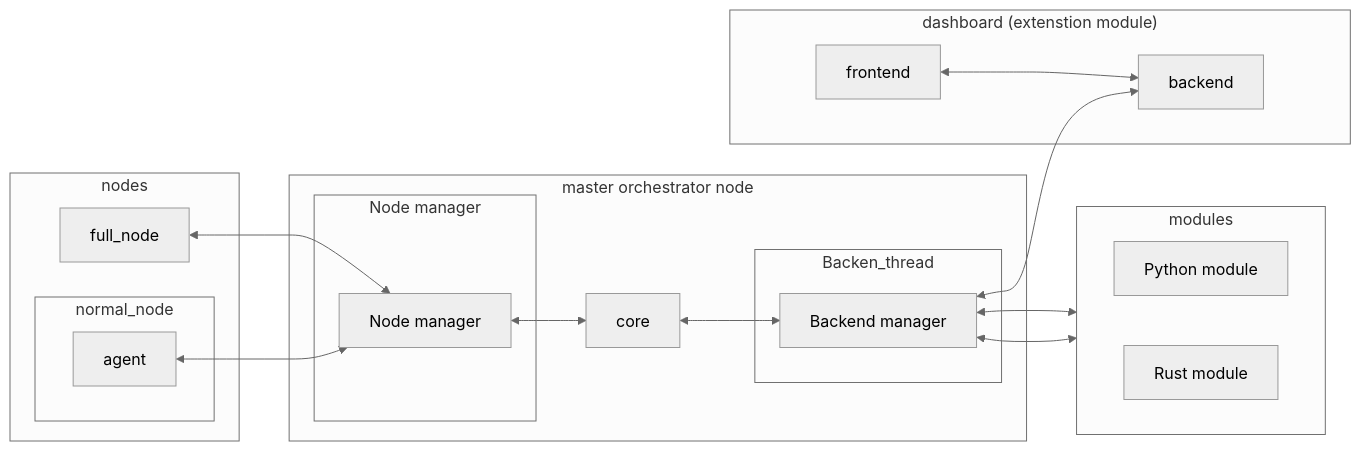
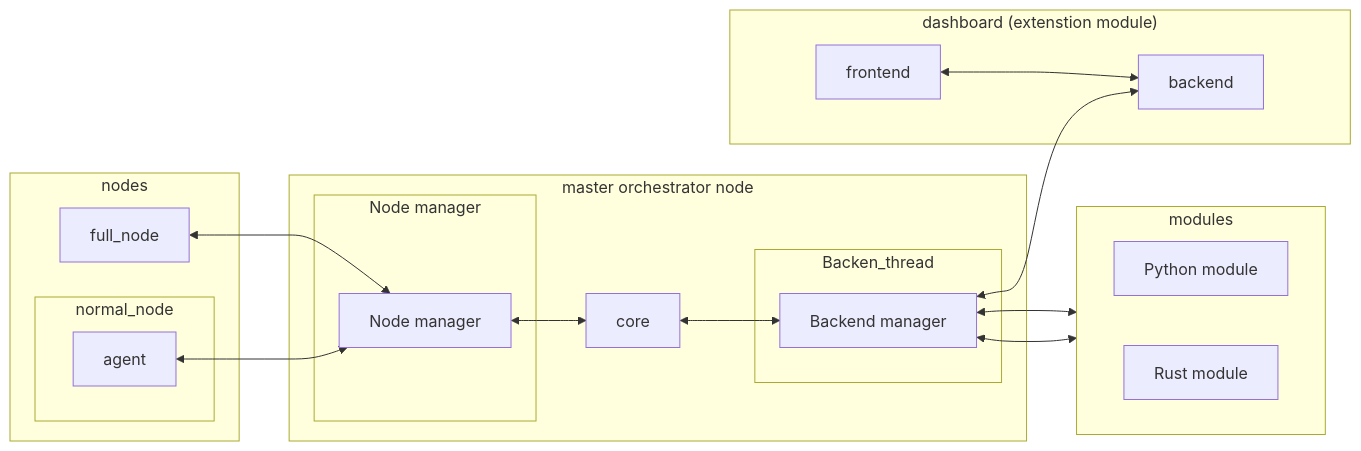
Before and after one commit to H0neyBe/bee_docs: the diagram in src/project_docs/technical_details.md, drawn with Mermaid.

````diff
--- a/src/project_docs/technical_details.md
+++ b/src/project_docs/technical_details.md
@@ -50,47 +50,42 @@
 ```mermaid
----
-config:
-  theme: neutral
-  layout: dagre
----
 flowchart LR
 	subgraph backend_thread["Backen_thread"]
         Backend_manager["Backend_manager"]
 	end
   subgraph Node_thread["Node manager"]
         Node_manager["Node manager"]
 	end
   
 	subgraph master["master orchestrator node"]
         core["core"]
         Backend_manager["Backend manager"]
         backend_thread
         Node_thread
 	end
 	subgraph normal_node["normal_node"]
         agent["agent"]
 	end
 	subgraph nodes["nodes"]
         full_node["full_node"]
         normal_node
 	end
 	subgraph module["modules"]
 		direction LR
 		    py_module["Python module"]
 		    rs_module["Rust module"]
 		end
 	subgraph dashboard["dashboard (extenstion module)"]
         backend["backend"]
         frontend["frontend"]
 	end
 
     Node_manager <--> core  
     core <--> Backend_manager  
 
     frontend <--> backend
     Backend_manager <--> backend
     Backend_manager <--> py_module & rs_module  
 
     full_node & agent <--> Node_manager 
 
 ```
````
